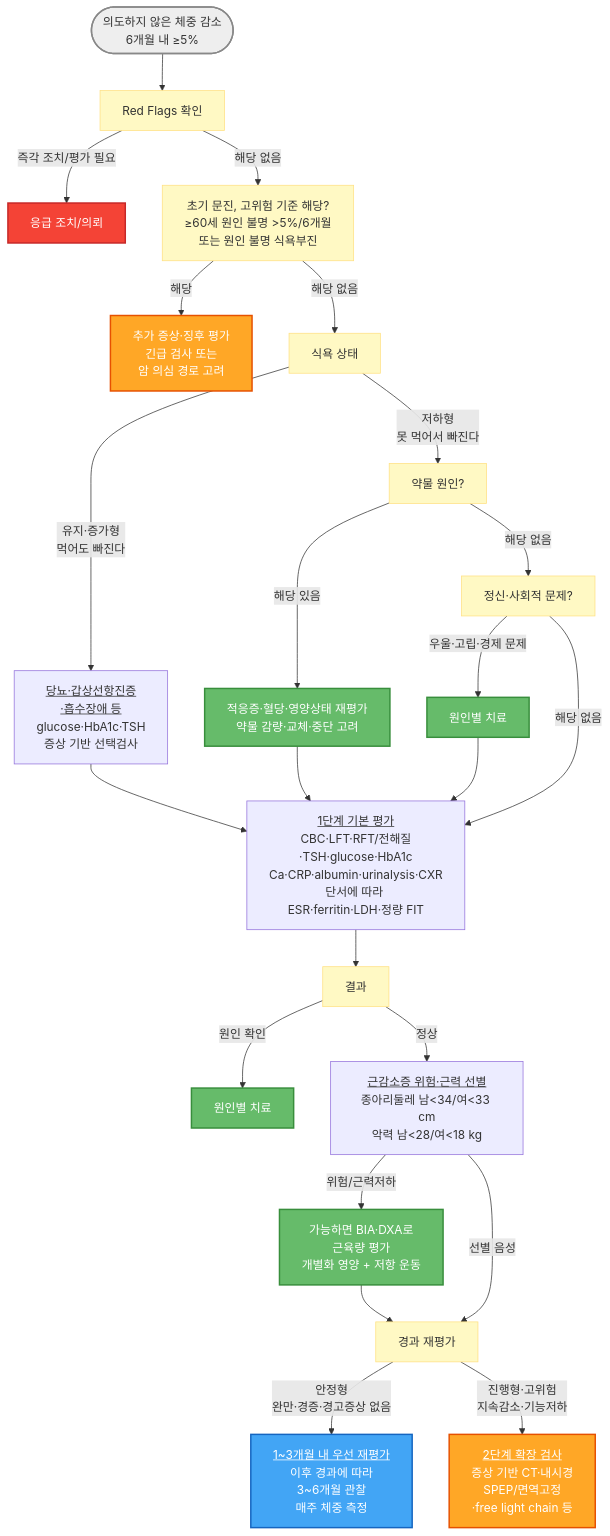
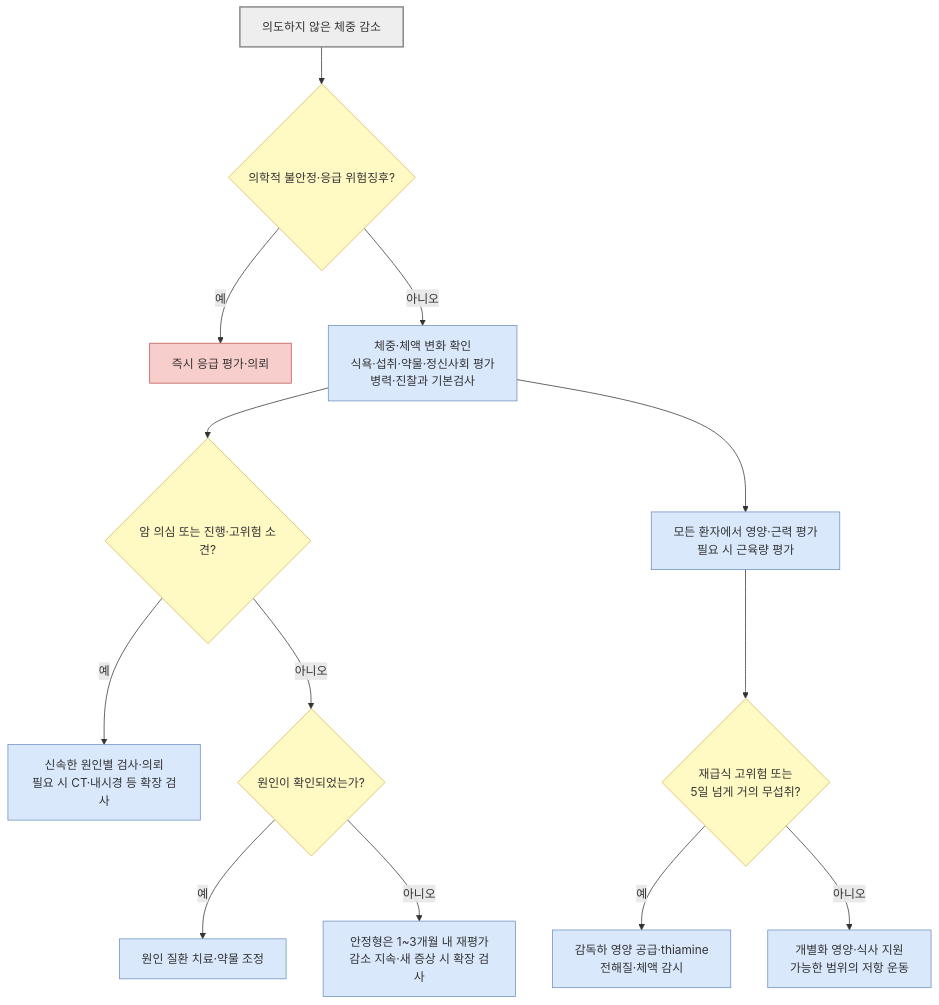
Before and after one commit to familyoh77/familyoh77: the diagram in 220_/013_-weight-loss.md, drawn with Mermaid. The commit also changed other lines of this file and 13 other files, not shown here.

````diff
--- a/220_/013_-weight-loss.md
+++ b/220_/013_-weight-loss.md
@@ -168,34 +168,31 @@
 ```mermaid
-graph TD
-    A([의도하지 않은 체중 감소<br/>6개월 내 ≥5%]) --> B[Red Flags 확인]
-    B -->|즉각 조치/평가 필요| C[응급 조치/의뢰]
-    B -->|해당 없음| W["초기 문진, 고위험 기준 해당?<br/>≥60세 원인 불명 >5%/6개월<br/>또는 원인 불명 식욕부진"]
-    W -->|해당| X["추가 증상·징후 평가<br/>긴급 검사 또는 <br/>암 의심 경로 고려"]
-    W -->|해당 없음| E[식욕 상태]
-    E -->|유지·증가형<br/>먹어도 빠진다| F["<u>당뇨·갑상선항진증<br/>·흡수장애 등</u><br/>glucose·HbA1c·TSH<br/>증상 기반 선택검사"]
-    F --> K
-    E -->|저하형<br/>못 먹어서 빠진다| G[약물 원인?]
-    G -->|해당 있음| H["적응증·혈당·영양상태 재평가<br/>약물 감량·교체·중단 고려"]
-    H --> K
-    G -->|해당 없음| I[정신·사회적 문제?]
-    I -->|우울·고립·경제 문제| J[원인별 치료]
-    J --> K
-    I -->|해당 없음| K["<u>1단계 기본 평가</u><br/>CBC·LFT·RFT/전해질·TSH·glucose·HbA1c<br/>Ca·CRP·albumin·urinalysis·CXR<br/>단서에 따라 <br/>ESR·ferritin·LDH·정량 FIT"]
-    K --> L[결과]
-    L -->|원인 확인| M[원인별 치료]
-    L -->|정상| N["<u>근감소증 위험·근력 선별</u><br/>종아리둘레 남&lt;34/여&lt;33 cm<br/>악력 남&lt;28/여&lt;18 kg"]
-    N -->|위험/근력저하| R["가능하면 BIA·DXA로 <br/>근육량 평가<br/>개별화 영양 + 저항 운동"]
-    R --> O[경과 재평가]
-    N -->|선별 음성| O
-    O -->|안정형<br/>완만·경증·경고증상 없음| P["<u>1~3개월 내 우선 재평가</u><br/>이후 경과에 따라 <br/>3~6개월 관찰<br/>매주 체중 측정"]
-    O -->|진행형·고위험<br/>지속감소·기능저하| Q["<u>2단계 확장 검사</u><br/>증상 기반 CT·내시경<br/>SPEP/면역고정<br/>·free light chain 등"]
-style A fill:#eeeeee,stroke:#888888,stroke-width:2px
-classDef green fill:#66bb6a,stroke:#388e3c,color:#fff,stroke-width:2px
-class H,J,M,R green
-    style C fill:#f44336,stroke:#c62828,color:#fff,stroke-width:2px
-    style X fill:#ffa726,stroke:#e65100,color:#fff,stroke-width:2px
-    style P fill:#42a5f5,stroke:#1565c0,color:#fff,stroke-width:2px
-    style Q fill:#ffa726,stroke:#e65100,color:#fff,stroke-width:2px
-classDef yellow fill:#fff9c4,stroke:#ffe082
-class B,W,E,G,I,L,O yellow
+flowchart TD
+    A["의도하지 않은 체중 감소"] --> B{"의학적 불안정·응급 위험징후?"}
+    B -- "예" --> C["즉시 응급 평가·의뢰"]
+    B -- "아니오" --> D["`체중·체액 변화 확인
+식욕·섭취·약물·정신사회 평가
+병력·진찰과 기본검사`"]
+    D --> E{"암 의심 또는 진행·고위험 소견?"}
+    E -- "예" --> F["`신속한 원인별 검사·의뢰
+필요 시 CT·내시경 등 확장 검사`"]
+    E -- "아니오" --> G{"원인이 확인되었는가?"}
+    G -- "예" --> H["원인 질환 치료·약물 조정"]
+    G -- "아니오" --> I["`안정형은 1~3개월 내 재평가
+감소 지속·새 증상 시 확장 검사`"]
+    D --> J["`모든 환자에서 영양·근력 평가
+필요 시 근육량 평가`"]
+    J --> K{"`재급식 고위험 또는
+5일 넘게 거의 무섭취?`"}
+    K -- "예" --> L["`감독하 영양 공급·thiamine
+전해질·체액 감시`"]
+    K -- "아니오" --> M["`개별화 영양·식사 지원
+가능한 범위의 저항 운동`"]
+    classDef start fill:#eee,stroke:#888,stroke-width:2px
+    classDef decision fill:#fff9c4,stroke:#d6b656
+    classDef emergency fill:#f8cecc,stroke:#b85450
+    classDef treatment fill:#dae8fc,stroke:#6c8ebf
+    class A start
+    class B,E,G,K decision
+    class C emergency
+    class D,F,H,I,J,L,M treatment
 ```
````
